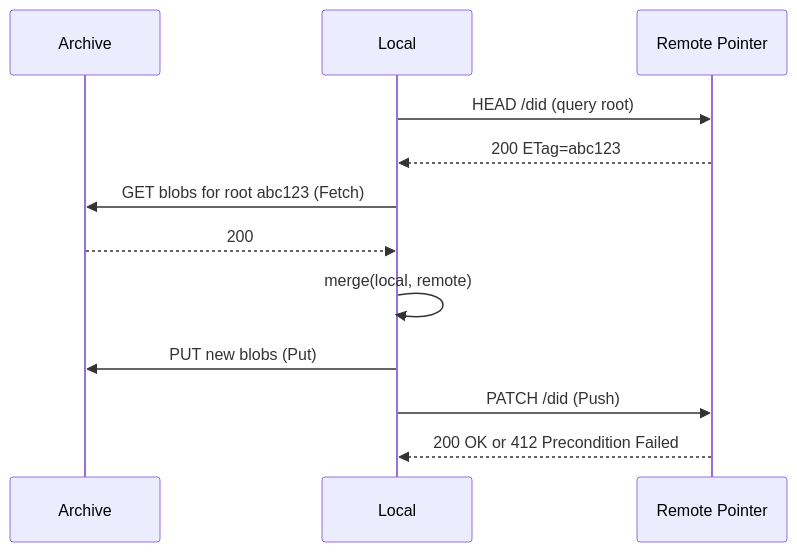
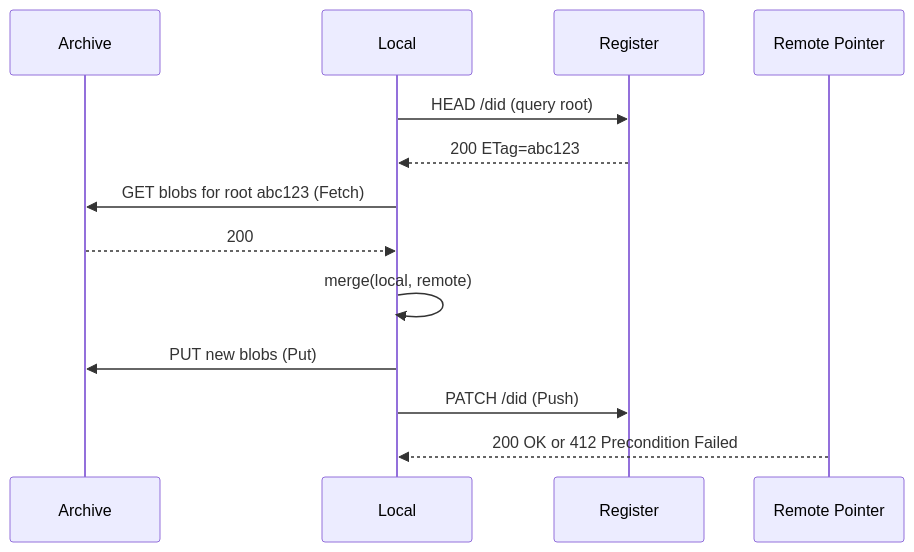
The second of 2 diagrams in notes/sync.md (dialog-db/dialog-db), drawn with Mermaid before and after one commit. The commit also changed other lines of this file, not shown here.

````diff
--- a/notes/sync.md
+++ b/notes/sync.md
@@ -34,15 +34,15 @@
 ```mermaid
 sequenceDiagram
     participant Archive
     participant Local
-    participant Remote Pointer
-    Local->>Remote Pointer: HEAD /did (query root)
-    Remote Pointer-->>Local: 200 ETag=abc123
+    participant Register
+    Local->>Register: HEAD /did (query root)
+    Register-->>Local: 200 ETag=abc123
     Local->>Archive: GET blobs for root abc123 (Fetch)
     Archive-->>Local: 200
-		
+
     Local->>Local: merge(local, remote)
     Local->>Archive: PUT new blobs (Put)
-    Local->>Remote Pointer: PATCH /did (Push)
+    Local->>Register: PATCH /did (Push)
     Remote Pointer-->>Local: 200 OK or 412 Precondition Failed
 ```
````
